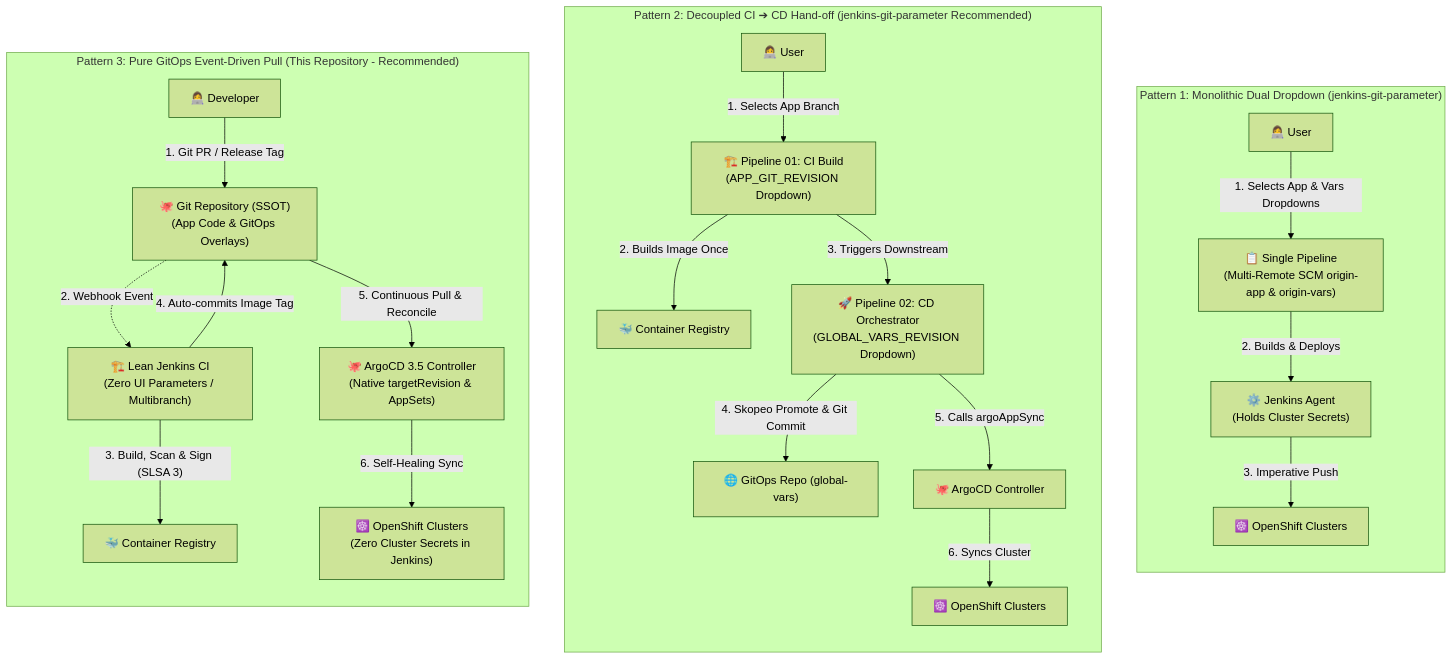
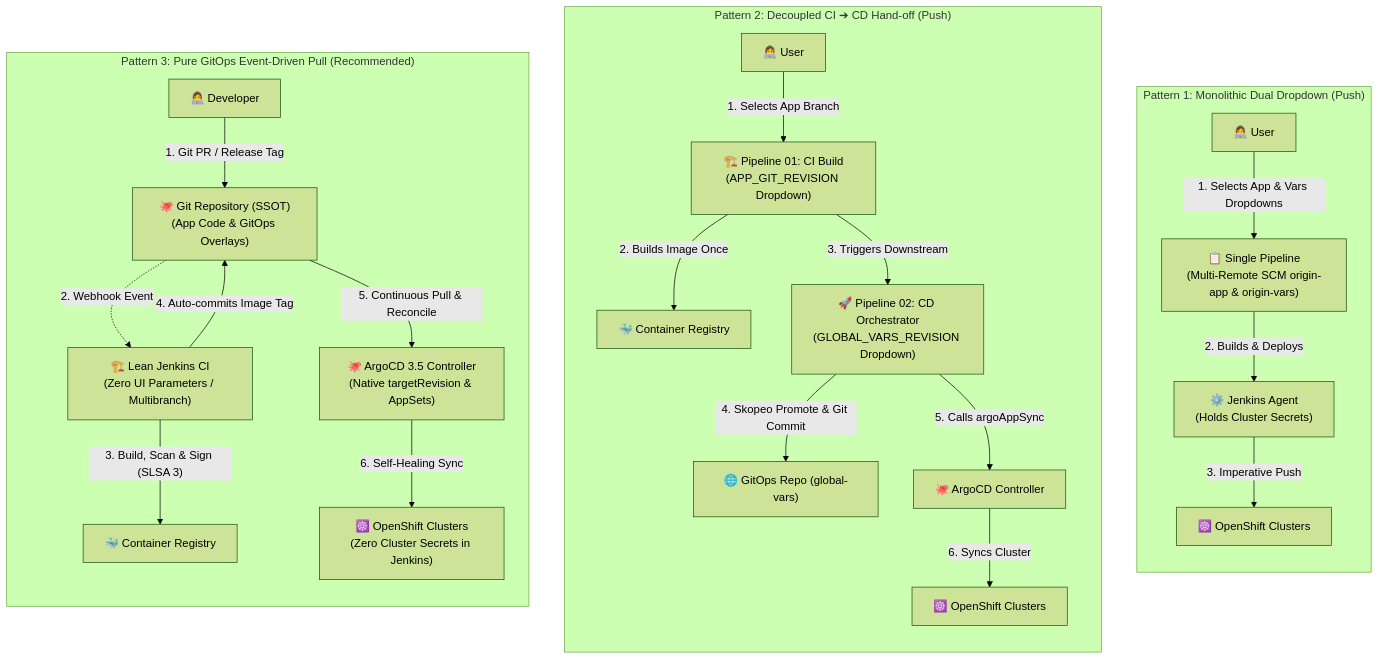
Before and after one commit to nubenetes/jenkins-without-git-parameter: the first of 14 diagrams in README.md, drawn with Mermaid (forest theme). The commit also changed other lines of this file, not shown here.

Commit message:
fix(mermaid): shorten sequence labels, break long arrow chains, and compact subgraph titles

````diff
--- a/README.md
+++ b/README.md
@@ -158,29 +158,29 @@
 ```mermaid
 flowchart TB
-    subgraph P1["Pattern 1: Monolithic Dual Dropdown (jenkins-git-parameter)"]
+    subgraph P1["Pattern 1: Monolithic Dual Dropdown (Push)"]
         direction TB
         Dev1["👩‍💻 User"] -->|"1. Selects App & Vars Dropdowns"| JJob1["📋 Single Pipeline<br/>(Multi-Remote SCM origin-app & origin-vars)"]
         JJob1 -->|"2. Builds & Deploys"| Agent1["⚙️ Jenkins Agent<br/>(Holds Cluster Secrets)"]
         Agent1 -->|"3. Imperative Push"| K8s1["☸️ OpenShift Clusters"]
     end
 
-    subgraph P2["Pattern 2: Decoupled CI ➔ CD Hand-off (jenkins-git-parameter Recommended)"]
+    subgraph P2["Pattern 2: Decoupled CI ➔ CD Hand-off (Push)"]
         direction TB
         Dev2["👩‍💻 User"] -->|"1. Selects App Branch"| CI2["🏗️ Pipeline 01: CI Build<br/>(APP_GIT_REVISION Dropdown)"]
         CI2 -->|"2. Builds Image Once"| Reg2["🐳 Container Registry"]
         CI2 -->|"3. Triggers Downstream"| CD2["🚀 Pipeline 02: CD Orchestrator<br/>(GLOBAL_VARS_REVISION Dropdown)"]
         CD2 -->|"4. Skopeo Promote & Git Commit"| GitOps2["🌐 GitOps Repo (global-vars)"]
         CD2 -->|"5. Calls argoAppSync"| Argo2["🐙 ArgoCD Controller"]
         Argo2 -->|"6. Syncs Cluster"| K8s2["☸️ OpenShift Clusters"]
     end
 
-    subgraph P3["Pattern 3: Pure GitOps Event-Driven Pull (This Repository - Recommended)"]
+    subgraph P3["Pattern 3: Pure GitOps Event-Driven Pull (Recommended)"]
         direction TB
         Dev3["👩‍💻 Developer"] -->|"1. Git PR / Release Tag"| Git3["🐙 Git Repository (SSOT)<br/>(App Code & GitOps Overlays)"]
         Git3 -.->|"2. Webhook Event"| CI3["🏗️ Lean Jenkins CI<br/>(Zero UI Parameters / Multibranch)"]
         CI3 -->|"3. Build, Scan & Sign (SLSA 3)"| Reg3["🐳 Container Registry"]
         CI3 -->|"4. Auto-commits Image Tag"| Git3
         Git3 -->|"5. Continuous Pull & Reconcile"| Argo3["🐙 ArgoCD 3.5 Controller<br/>(Native targetRevision & AppSets)"]
         Argo3 -->|"6. Self-Healing Sync"| K8s3["☸️ OpenShift Clusters<br/>(Zero Cluster Secrets in Jenkins)"]
     end
 ```
````
